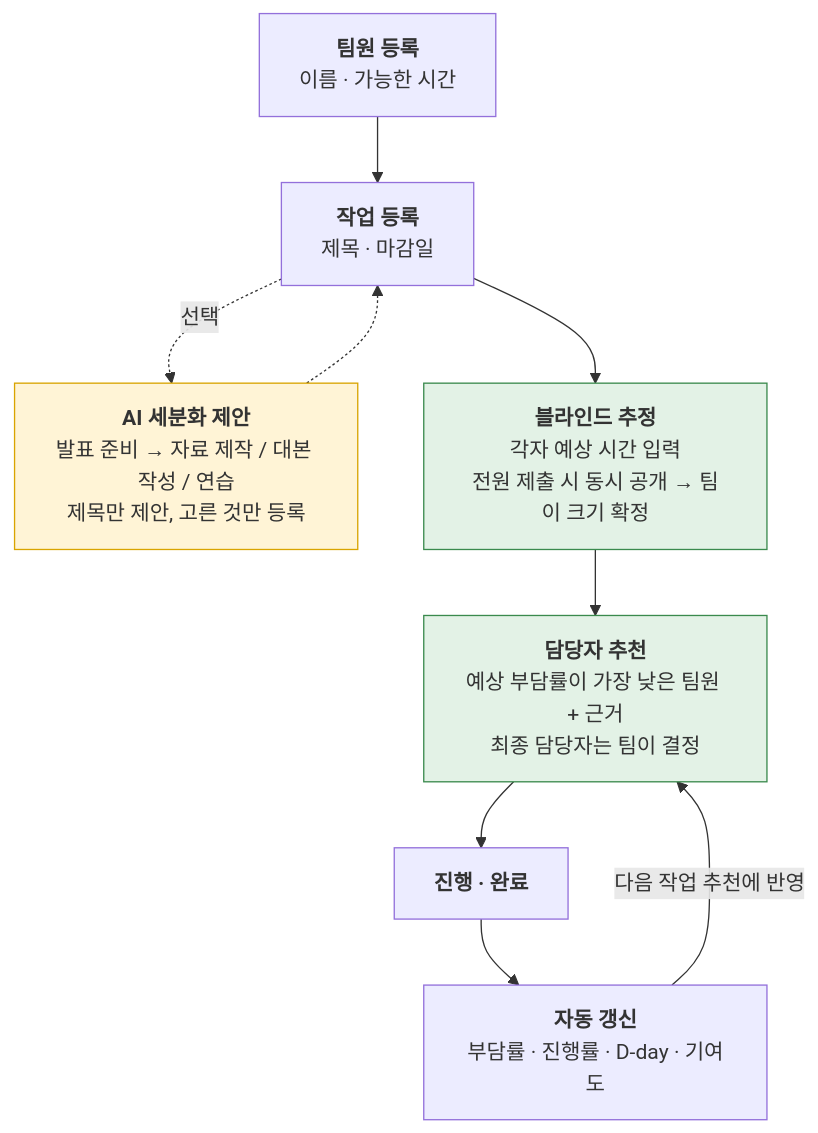
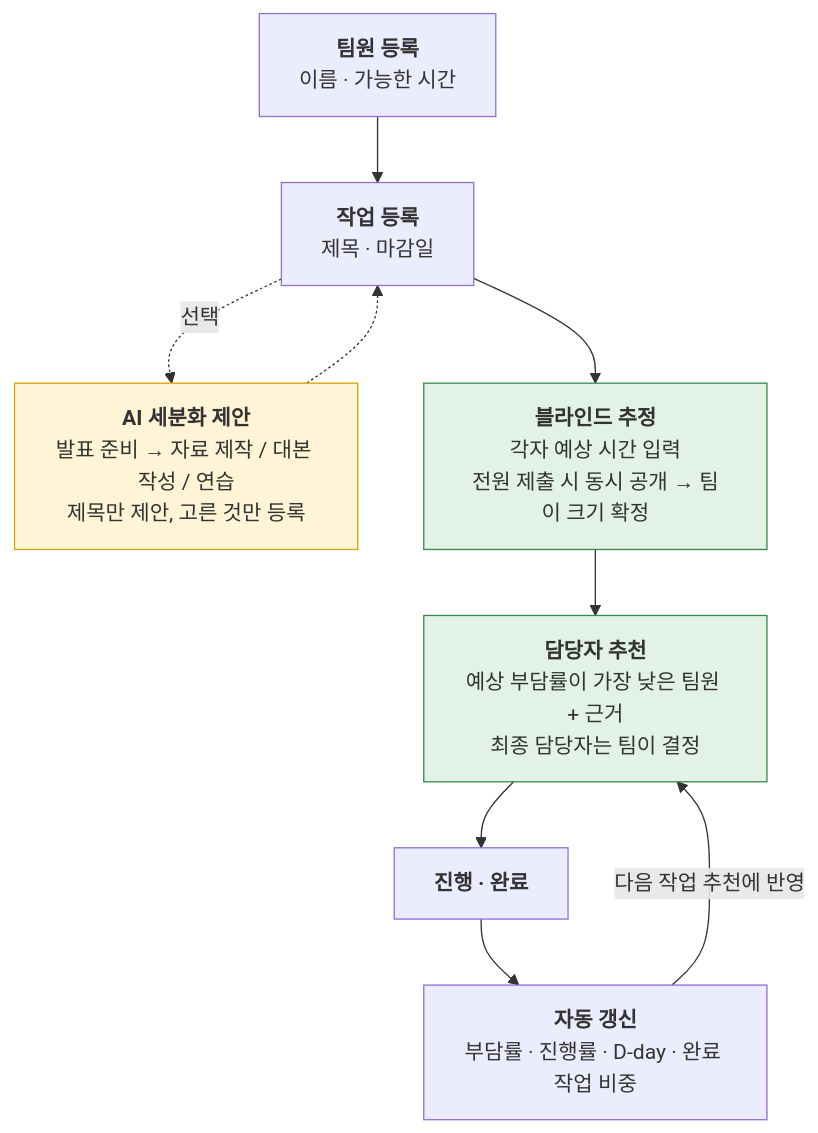
The first of 3 diagrams in README.md (Heetaeeee/3oss), drawn with Mermaid before and after one commit. The commit also changed other lines of this file and 3 other files, not shown here.

````diff
--- a/README.md
+++ b/README.md
@@ -26,16 +26,16 @@
 ```mermaid
 flowchart TD
     A["<b>팀원 등록</b><br/>이름 · 가능한 시간"] --> B["<b>작업 등록</b><br/>제목 · 마감일"]
     B -. 선택 .-> AI["<b>AI 세분화 제안</b><br/>발표 준비 → 자료 제작 / 대본 작성 / 연습<br/>제목만 제안, 고른 것만 등록"]
     AI -.-> B
     B --> C["<b>블라인드 추정</b><br/>각자 예상 시간 입력<br/>전원 제출 시 동시 공개 → 팀이 크기 확정"]
     C --> D["<b>담당자 추천</b><br/>예상 부담률이 가장 낮은 팀원 + 근거<br/>최종 담당자는 팀이 결정"]
     D --> E["<b>진행 · 완료</b>"]
-    E --> F["<b>자동 갱신</b><br/>부담률 · 진행률 · D-day · 기여도"]
+    E --> F["<b>자동 갱신</b><br/>부담률 · 진행률 · D-day · 완료 작업 비중"]
     F -- 다음 작업 추천에 반영 --> D
 
     classDef ai fill:#fff4d6,stroke:#d9a400,color:#333
     classDef human fill:#e3f2e6,stroke:#3a8a4d,color:#333
     class AI ai
     class C,D human
 ```
````
